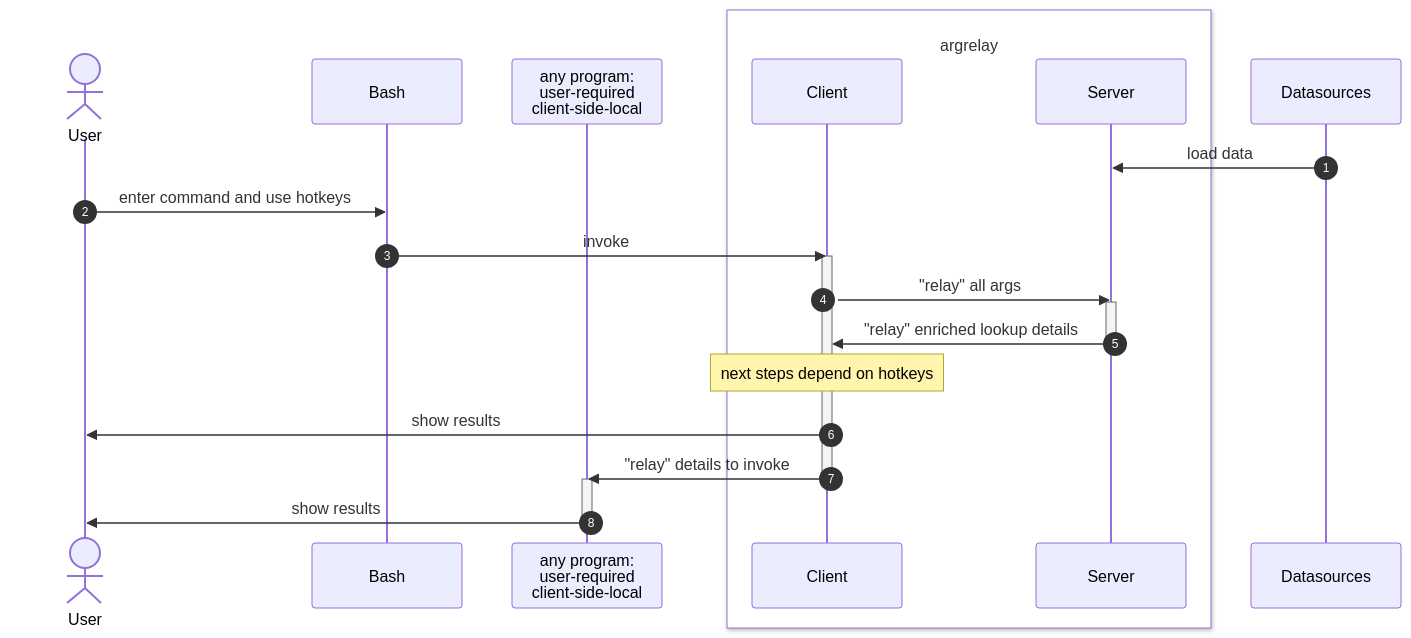
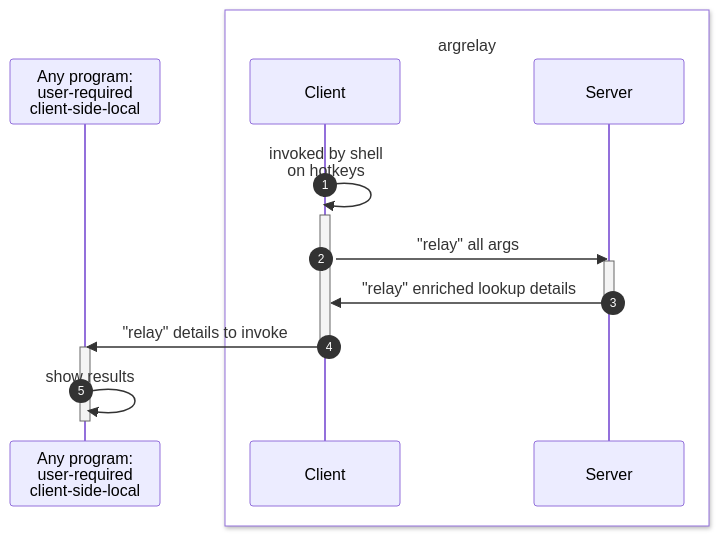
The first of 2 diagrams in readme.md (argrelay/argrelay), drawn with Mermaid before and after one commit. The commit also changed other lines of this file, not shown here.

Commit message:
Simplify initial relay diagram

````diff
--- a/readme.md
+++ b/readme.md
@@ -78,27 +78,20 @@
 ```mermaid
 sequenceDiagram
     autonumber
-    Actor U as <br/>User
-    participant B as Bash
-    participant P as any program:<br/>user-required<br/>client-side-local
+    participant P as Any program:<br/>user-required<br/>client-side-local
     box rgb(255, 255, 255) <br/>argrelay
     participant C as Client
     participant S as Server
     end
-    participant D as Datasources
-    D ->> S: load data
-    U ->> B: enter command and use hotkeys
-    B ->> C: invoke
+    C ->> C: invoked by shell<br/>on hotkeys
     activate C
     C ->> S: "relay" all args
     activate S
     S ->> C: "relay" enriched lookup details
     deactivate S
-    Note over C: next steps depend on hotkeys
-    C ->> U: show results
     C ->> P: "relay" details to invoke
     deactivate C
     activate P
-    P ->> U: show results
+    P ->> P: show results
     deactivate P
 ```
````
